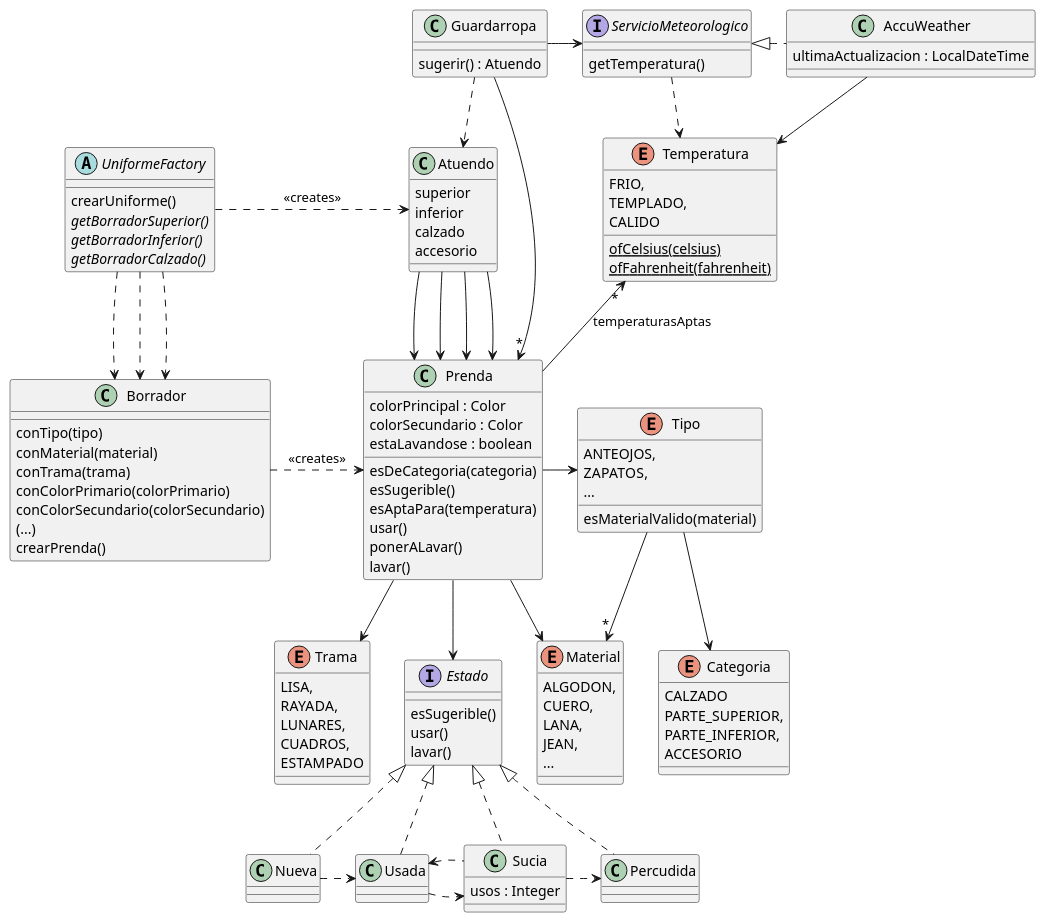
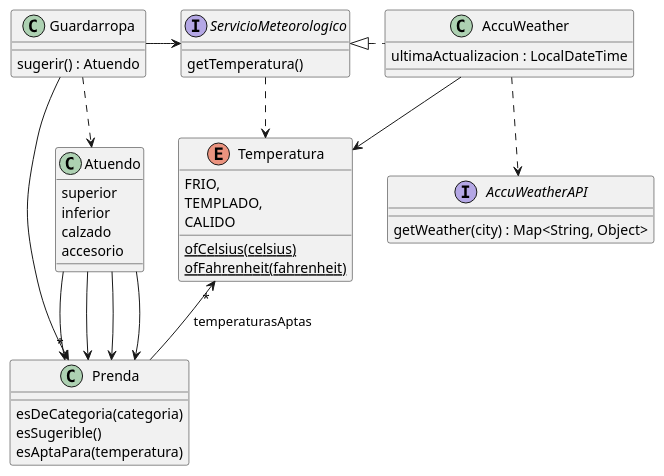
One commit to RaniAgus/dds-2022 changed the diagram in docs/diagramas/iteracion-4.puml. Above: the diagram before and after it, drawn with PlantUML. The commit also changed 2 other files, not shown here.

Commit message:
achico los diagramas de cada iteración

```diff
--- a/docs/diagramas/iteracion-4.puml
+++ b/docs/diagramas/iteracion-4.puml
@@ -1,140 +1,59 @@
 @startuml iteracion-4
 
 class Guardarropa {
   sugerir() : Atuendo
 }
 
 Guardarropa ..> Atuendo
 Guardarropa -right-> "*" Prenda
 Guardarropa -right-> ServicioMeteorologico
 
 interface ServicioMeteorologico {
     getTemperatura()
 }
 
 ServicioMeteorologico ..> Temperatura
 
 ServicioMeteorologico <|.right. AccuWeather
 
 class AccuWeather {
     ultimaActualizacion : LocalDateTime
 }
 
 AccuWeather --> Temperatura
+AccuWeather ..> AccuWeatherAPI
+
+interface AccuWeatherAPI {
+    getWeather(city) : Map<String, Object>
+}
 
 enum Temperatura {
     FRIO,
     TEMPLADO,
     CALIDO
     {static} ofCelsius(celsius)
     {static} ofFahrenheit(fahrenheit)
 }
-
-abstract UniformeFactory {
-  crearUniforme()
-  {abstract} getBorradorSuperior()
-  {abstract} getBorradorInferior()
-  {abstract} getBorradorCalzado()
-}
-
-UniformeFactory .right.> Atuendo : <<creates>>
-UniformeFactory ..> Borrador
-UniformeFactory ..> Borrador
-UniformeFactory ..> Borrador
 
 class Atuendo {
    superior
    inferior
    calzado
    accesorio
 }
 
 Atuendo --> Prenda
 Atuendo --> Prenda
 Atuendo --> Prenda
 Atuendo --> Prenda
 
-class Borrador {
-  conTipo(tipo)
-  conMaterial(material)
-  conTrama(trama)
-  conColorPrimario(colorPrimario)
-  conColorSecundario(colorSecundario)
-  (...)
-  crearPrenda()
-}
-
-Borrador .right.> Prenda : <<creates>>
-
 class Prenda {
- colorPrincipal : Color
- colorSecundario : Color
- estaLavandose : boolean
  esDeCategoria(categoria)
  esSugerible()
  esAptaPara(temperatura)
- usar()
- ponerALavar()
- lavar()
 }
 
 Prenda -up-> "*" Temperatura : "temperaturasAptas"
-Prenda -right-> Tipo
-Prenda --> Material
-Prenda --> Trama
-Prenda --> Estado
 
-enum Material {
-  ALGODON,
-  CUERO,
-  LANA,
-  JEAN,
-  ...
-}
-
-enum Trama {
-  LISA,
-  RAYADA,
-  LUNARES,
-  CUADROS,
-  ESTAMPADO
-}
-
-enum Tipo {
-  ANTEOJOS,
-  ZAPATOS,
-  ...
-  esMaterialValido(material)
-}
-
-Tipo --> "*" Material
-Tipo --> Categoria
-
-enum Categoria {
-  CALZADO
-  PARTE_SUPERIOR,
-  PARTE_INFERIOR,
-  ACCESORIO
-}
-
-interface Estado {
- esSugerible()
- usar()
- lavar()
-}
-
-Estado <|.. Nueva
-Estado <|.. Usada
-Estado <|.. Sucia
-Estado <|.. Percudida
-
-Nueva .right.> Usada
-Usada .right.> Sucia
-Sucia .left.> Usada
-Sucia .right.> Percudida
-
-class Sucia {
-  usos : Integer
-}
 
 @enduml
```
